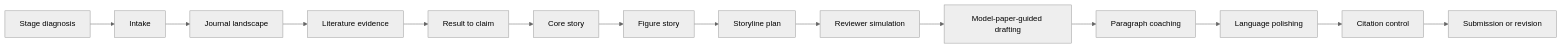
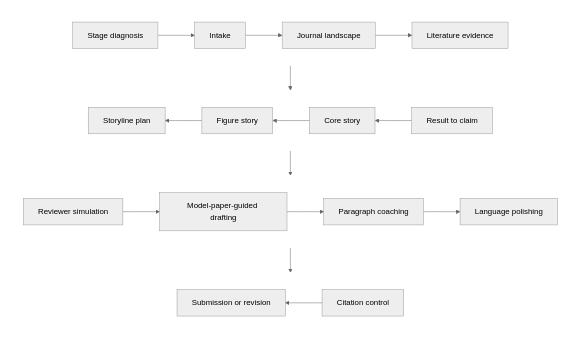
One commit to Vonfre/SCI-paper-skills changed the diagram in README.en.md. Above: the diagram before and after it, drawn with Mermaid (neutral theme). The commit also changed 1 other file, not shown here.

Commit message:
Make README workflow diagram serpentine

````diff
--- a/README.en.md
+++ b/README.en.md
@@ -76,16 +76,31 @@
 ```mermaid
-flowchart LR
-    A["Stage diagnosis"] --> B["Intake"]
-    B --> C["Journal landscape"]
-    C --> D["Literature evidence"]
-    D --> E["Result to claim"]
-    E --> F["Core story"]
-    F --> G["Figure story"]
-    G --> H["Storyline plan"]
-    H --> I["Reviewer simulation"]
-    I --> J["Model-paper-guided drafting"]
-    J --> K["Paragraph coaching"]
-    K --> L["Language polishing"]
-    L --> M["Citation control"]
-    M --> N["Submission or revision"]
+flowchart TB
+    subgraph R1[" "]
+        direction LR
+        A["Stage diagnosis"] --> B["Intake"] --> C["Journal landscape"] --> D["Literature evidence"]
+    end
+
+    subgraph R2[" "]
+        direction RL
+        E["Result to claim"] --> F["Core story"] --> G["Figure story"] --> H["Storyline plan"]
+    end
+
+    subgraph R3[" "]
+        direction LR
+        I["Reviewer simulation"] --> J["Model-paper-guided drafting"] --> K["Paragraph coaching"] --> L["Language polishing"]
+    end
+
+    subgraph R4[" "]
+        direction RL
+        M["Citation control"] --> N["Submission or revision"]
+    end
+
+    D --> E
+    H --> I
+    L --> M
+
+    style R1 fill:transparent,stroke:transparent
+    style R2 fill:transparent,stroke:transparent
+    style R3 fill:transparent,stroke:transparent
+    style R4 fill:transparent,stroke:transparent
 ```
````
